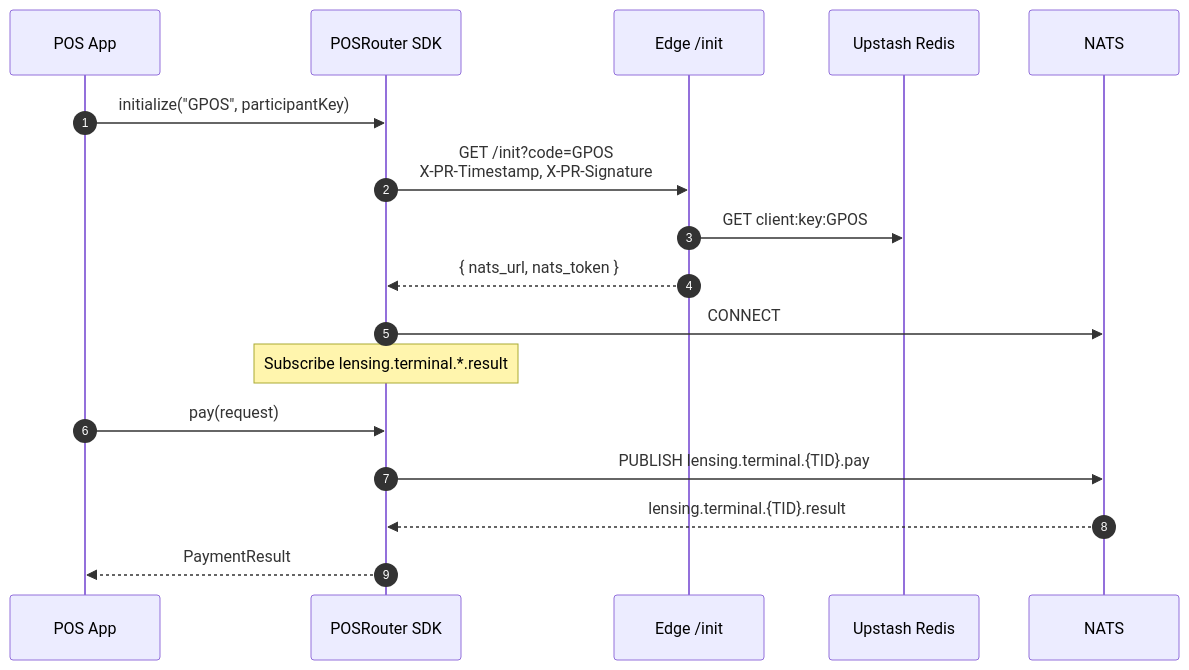
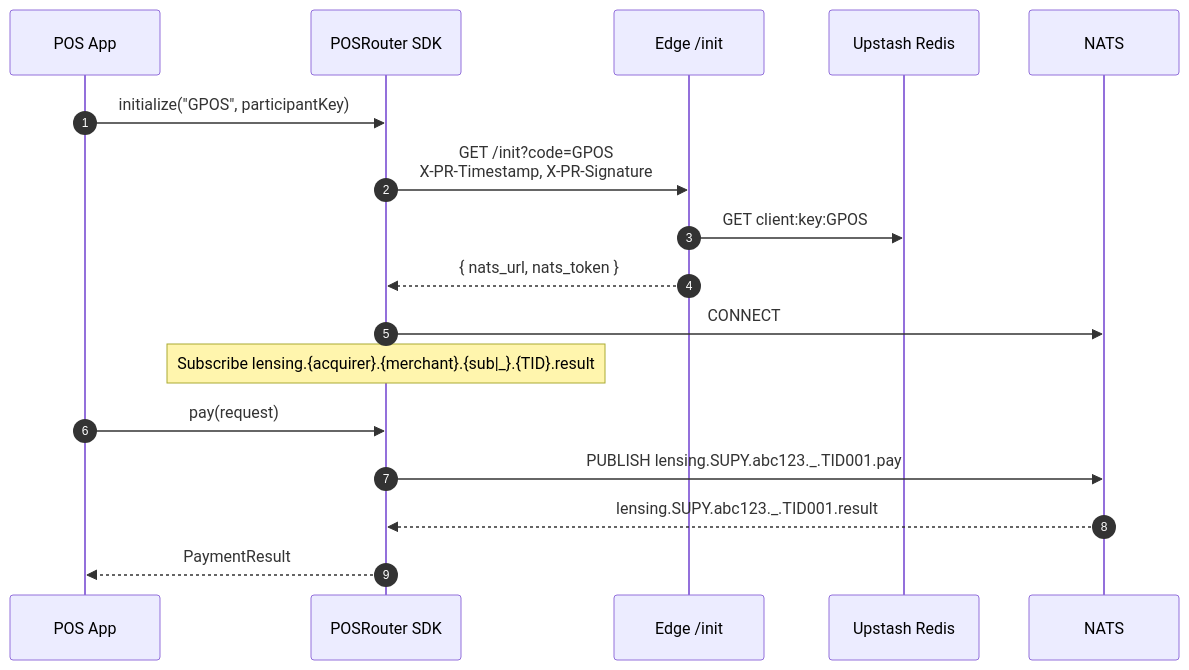
The third of 5 diagrams in level-2-lensing_en.md (posrouter/protocol-specs), drawn with Mermaid before and after one commit. The commit also changed other lines of this file and 9 other files, not shown here.

````diff
--- a/level-2-lensing_en.md
+++ b/level-2-lensing_en.md
@@ -241,21 +307,21 @@
 ```mermaid
 sequenceDiagram
     autonumber
     participant App as POS App
     participant SDK as POSRouter SDK
     participant Edge as Edge /init
     participant Redis as Upstash Redis
     participant NATS as NATS
 
     App->>SDK: initialize("GPOS", participantKey)
     SDK->>Edge: GET /init?code=GPOS<br>X-PR-Timestamp, X-PR-Signature
     Edge->>Redis: GET client:key:GPOS
     Edge-->>SDK: { nats_url, nats_token }
     SDK->>NATS: CONNECT
-    Note over SDK: Subscribe lensing.terminal.*.result
+    Note over SDK: Subscribe lensing.{acquirer}.{merchant}.{sub|_}.{TID}.result
 
     App->>SDK: pay(request)
-    SDK->>NATS: PUBLISH lensing.terminal.{TID}.pay
-    NATS-->>SDK: lensing.terminal.{TID}.result
+    SDK->>NATS: PUBLISH lensing.SUPY.abc123._.TID001.pay
+    NATS-->>SDK: lensing.SUPY.abc123._.TID001.result
     SDK-->>App: PaymentResult
 ```
````
